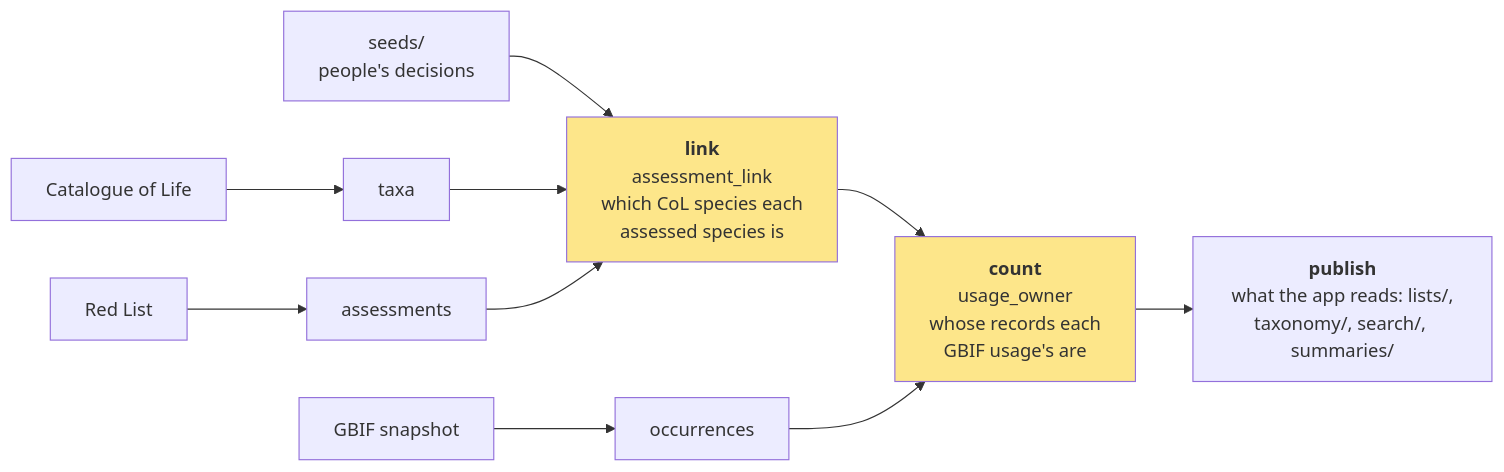
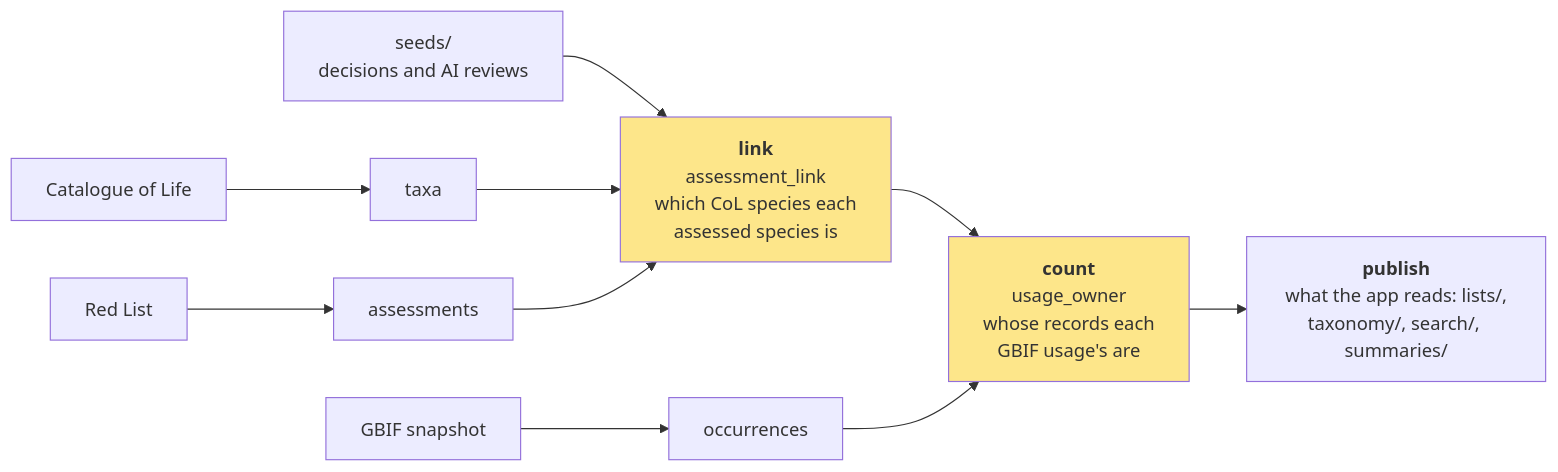
One commit to shaneweisz/redlist-dashboard changed the diagram in docs/sync.md. Above: the diagram before and after it, drawn with Mermaid. The commit also changed other lines of this file and 40 other files, not shown here.

````diff
--- a/docs/sync.md
+++ b/docs/sync.md
@@ -5,14 +5,14 @@
 ```mermaid
 flowchart LR
   col[Catalogue of Life] --> taxa
   rl[Red List] --> assessments
   gbif[GBIF snapshot] --> occurrences
-  seeds["seeds/<br/>people's decisions"] --> link
+  seeds["seeds/<br/>decisions and AI reviews"] --> link
   taxa --> link
   assessments --> link
   link["<b>link</b><br/>assessment_link<br/>which CoL species each<br/>assessed species is"] --> count
   occurrences --> count
   count["<b>count</b><br/>usage_owner<br/>whose records each<br/>GBIF usage's are"] --> app["<b>publish</b><br/>what the app reads: lists/,<br/>taxonomy/, search/, summaries/"]
   style link fill:#fde68a
   style count fill:#fde68a
 ```
````
